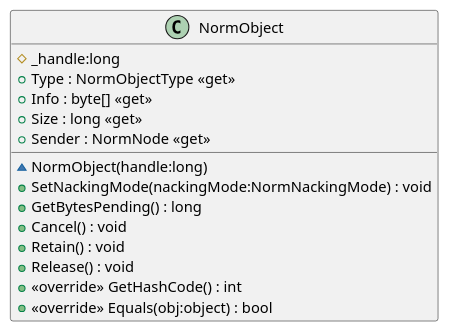
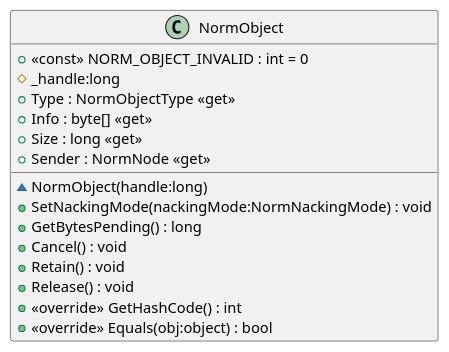
One commit to USNavalResearchLaboratory/norm changed the diagram in src/dotnet/design/Mil/Navy/Nrl/Norm/NormObject.puml. Above: the diagram before and after it, drawn with PlantUML. The commit also changed 41 other files, not shown here.

```diff
--- a/src/dotnet/design/Mil/Navy/Nrl/Norm/NormObject.puml
+++ b/src/dotnet/design/Mil/Navy/Nrl/Norm/NormObject.puml
@@ -1,17 +1,18 @@
 @startuml
 class NormObject {
+    + <<const>> NORM_OBJECT_INVALID : int = 0
     # _handle:long
     ~ NormObject(handle:long)
     + SetNackingMode(nackingMode:NormNackingMode) : void
     + Type : NormObjectType <<get>>
     + Info : byte[] <<get>>
     + Size : long <<get>>
     + GetBytesPending() : long
     + Cancel() : void
     + Retain() : void
     + Release() : void
     + Sender : NormNode <<get>>
     + <<override>> GetHashCode() : int
     + <<override>> Equals(obj:object) : bool
 }
 @enduml
```
